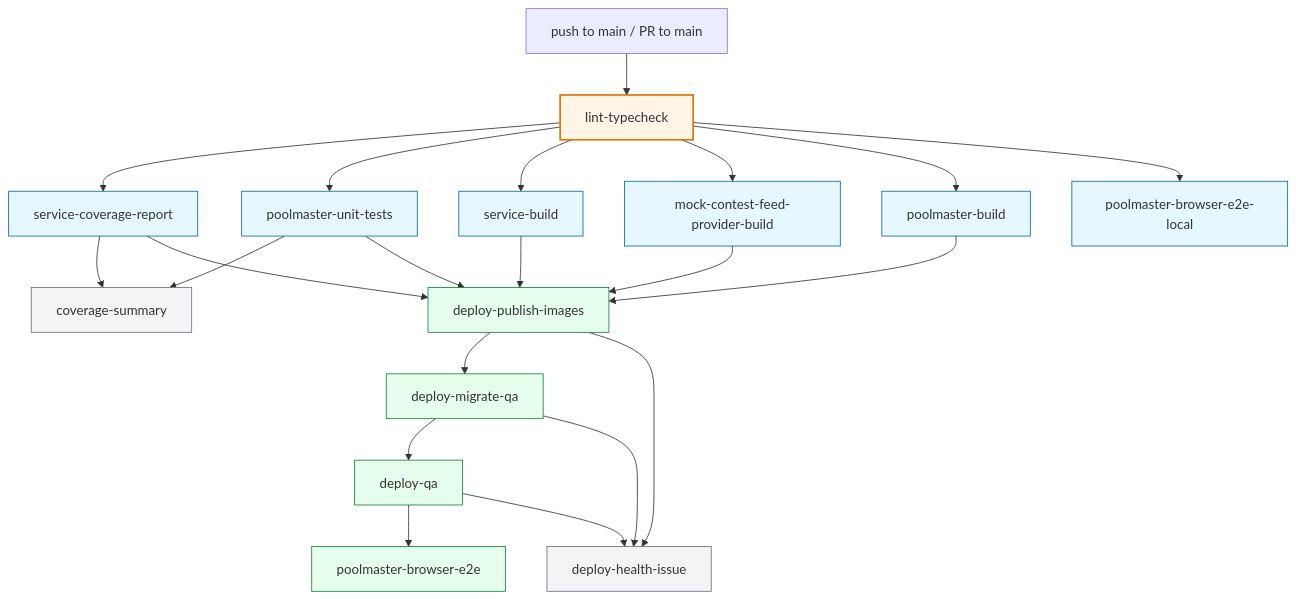
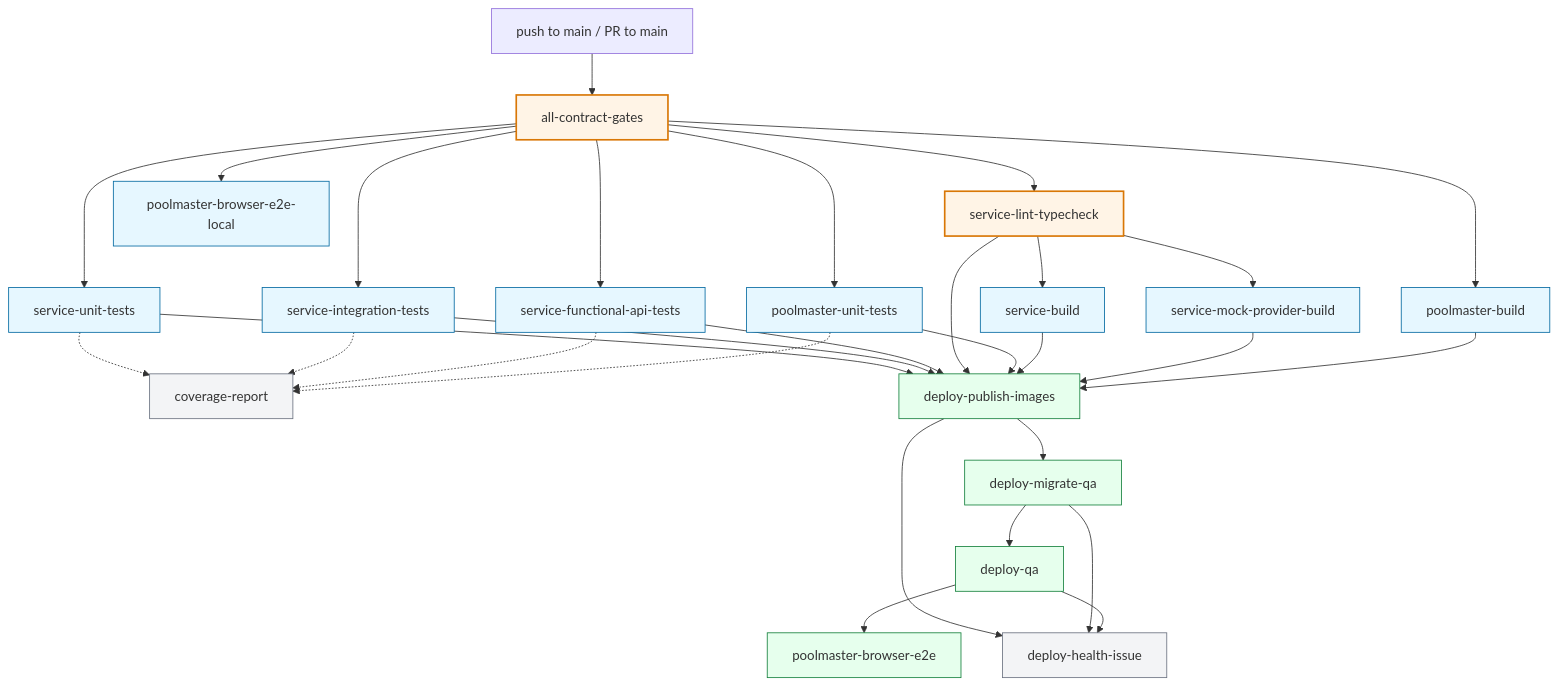
One commit to derek-dorazio/pool-master changed the first of 2 diagrams in docs/CI-AND-QUALITY-GATES.md. Above: the diagram before and after it, drawn with Mermaid. The commit also changed other lines of this file and 8 other files, not shown here.

````diff
--- a/docs/CI-AND-QUALITY-GATES.md
+++ b/docs/CI-AND-QUALITY-GATES.md
@@ -131,37 +134,45 @@
 ```mermaid
 flowchart TD
-  T[push to main / PR to main] --> LT[lint-typecheck]
+  T[push to main / PR to main] --> CG[all-contract-gates]
 
-  LT --> SC[service-coverage-report]
-  LT --> PU[poolmaster-unit-tests]
+  CG --> LT[service-lint-typecheck]
+  CG --> SU[service-unit-tests]
+  CG --> SI[service-integration-tests]
+  CG --> SF[service-functional-api-tests]
+  CG --> PU[poolmaster-unit-tests]
+  CG --> PB[poolmaster-build]
+  CG --> EL[poolmaster-browser-e2e-local]
   LT --> SB[service-build]
-  LT --> MB[mock-contest-feed-provider-build]
-  LT --> PB[poolmaster-build]
-  LT --> EL[poolmaster-browser-e2e-local]
+  LT --> MB[service-mock-provider-build]
 
-  SC --> CS[coverage-summary]
-  PU --> CS
+  SU -.-> CR[coverage-report]
+  SI -.-> CR
+  SF -.-> CR
+  PU -.-> CR
 
-  SC --> PI[deploy-publish-images]
+  SU --> PI[deploy-publish-images]
+  SI --> PI
+  SF --> PI
+  LT --> PI
   PU --> PI
   SB --> PI
   MB --> PI
   PB --> PI
 
   PI --> MQ[deploy-migrate-qa]
   MQ --> DQ[deploy-qa]
   DQ --> E2E[poolmaster-browser-e2e]
   PI --> DH[deploy-health-issue]
   MQ --> DH
   DQ --> DH
 
   classDef gate fill:#fff4e6,stroke:#d97706,stroke-width:2px
   classDef test fill:#e6f7ff,stroke:#0369a1
   classDef deploy fill:#e6ffed,stroke:#15803d
   classDef report fill:#f3f4f6,stroke:#6b7280
 
-  class LT gate
-  class SC,PU,SB,MB,PB,EL test
+  class CG,LT gate
+  class SU,SI,SF,PU,SB,MB,PB,EL test
   class PI,MQ,DQ,E2E deploy
-  class CS,DH report
+  class CR,DH report
 ```
````
